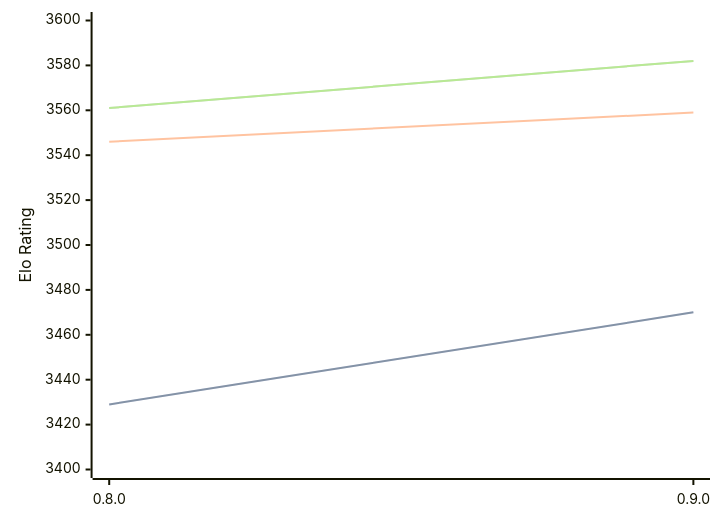
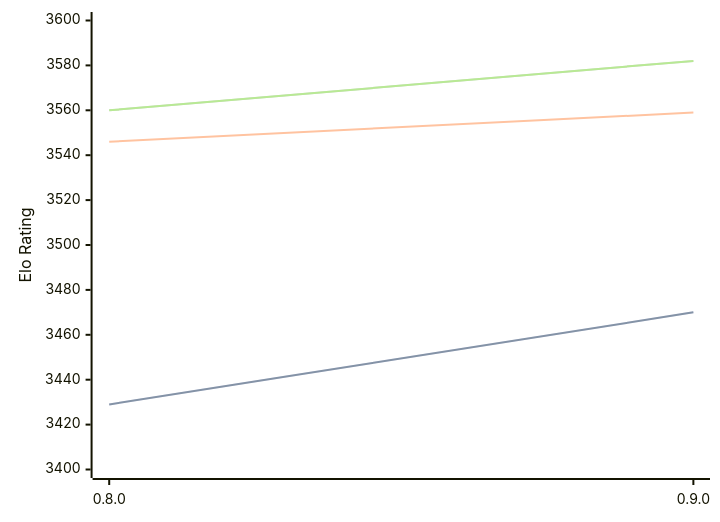
One commit to computer-chess-index/cci changed the diagram in engines/Reckless.md. Above: the diagram before and after it, drawn with Mermaid. The commit also changed other lines of this file, not shown here.

Commit message:
Update CCI Ratings (ELO VLTC) - 2026-07-21

````diff
--- a/engines/Reckless.md
+++ b/engines/Reckless.md
@@ -39,11 +39,11 @@
 ```mermaid
 %%{init: {"theme":"base","themeVariables":{"seriesColors:['#a3a3a3','#222221','#faa371']}}}%%
 xychart-beta
   x-axis ["0.8.0", "0.9.0"]
   y-axis "Elo Rating" 3400 --> 3600
   line "STC (8.0+0.08s)" [3429, 3470]
   line "STC (8.0+0.08s)" [3429, 3470]
   line "LTC (60.0+0.60s)" [3546, 3559]
-  line "VLTC (2m24s+1.12s)" [3561, 3582]
-  line "VLTC (2m24s+1.12s)" [3561, 3582]
+  line "VLTC (2m24s+1.12s)" [3560, 3582]
+  line "VLTC (2m24s+1.12s)" [3560, 3582]
 ```
````
